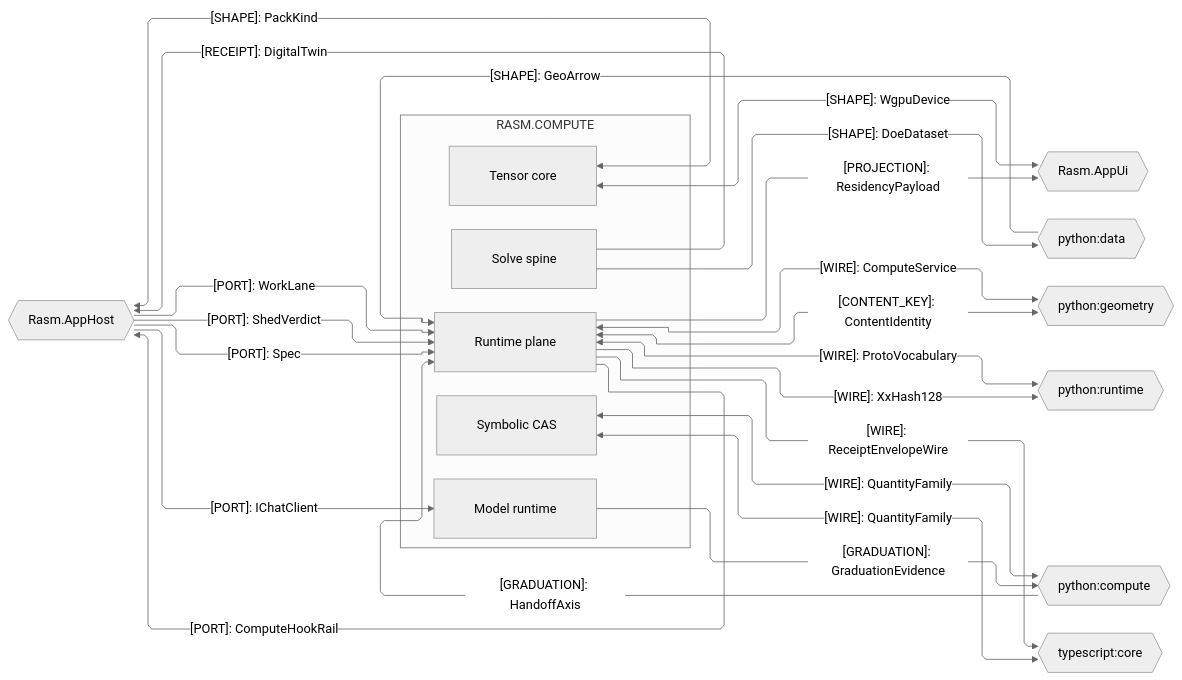
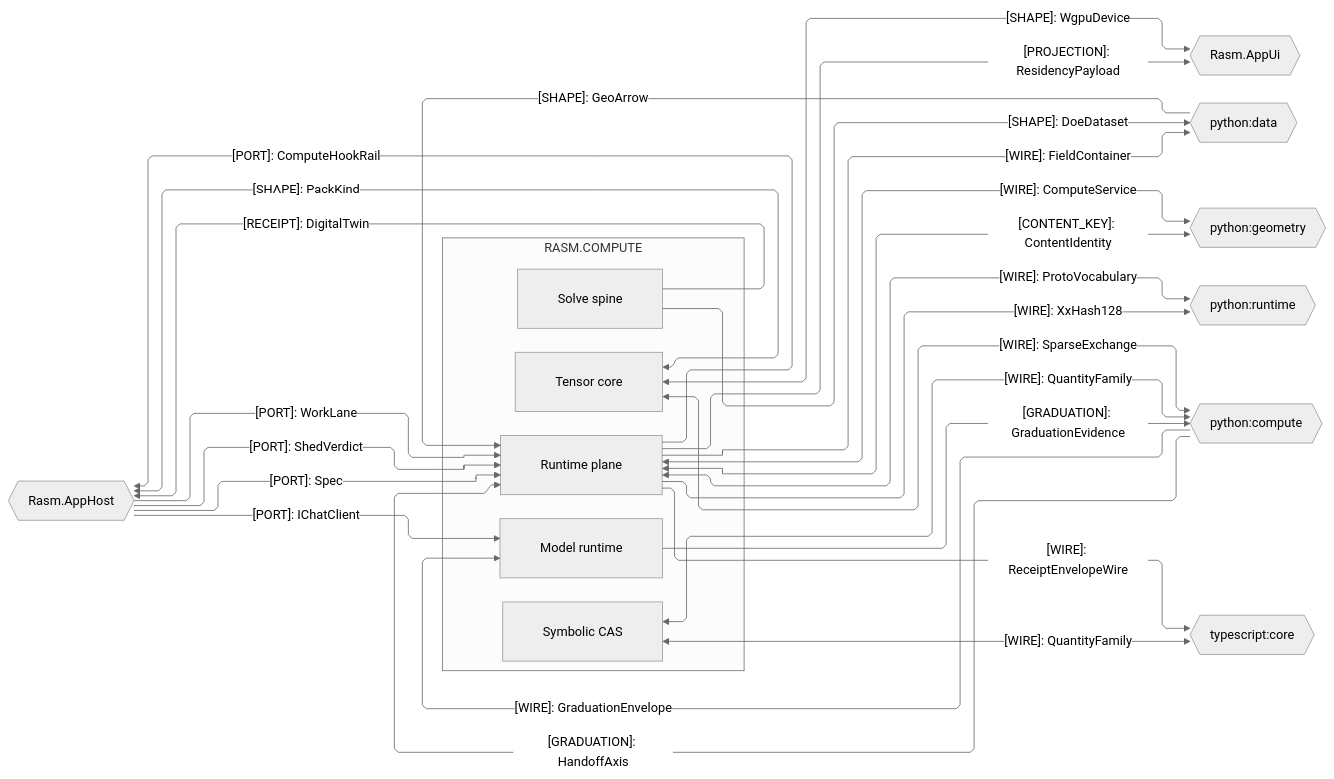
Before and after one commit to bsamiee/Rasm: the third of 4 diagrams in libs/csharp/Rasm.Compute/ARCHITECTURE.md, drawn with Mermaid (neutral theme). The commit also changed other lines of this file and 84 other files, not shown here.

````diff
--- a/libs/csharp/Rasm.Compute/ARCHITECTURE.md
+++ b/libs/csharp/Rasm.Compute/ARCHITECTURE.md
@@ -203,46 +204,49 @@
 ```mermaid
 ---
 config:
   layout: elk
   flowchart:
     curve: linear
     padding: 25
 ---
 flowchart LR
     accTitle: Compute platform and cross-runtime seams
     accDescr: Compute owners exchanging port, receipt, projection, wire, content-key, and graduation contracts with platform and cross-runtime peers.
     subgraph compute[RASM.COMPUTE]
         Model[Model runtime]
         Tensor[Tensor core]
         Solver[Solve spine]
         Runtime[Runtime plane]
         Symbolic[Symbolic CAS]
     end
     AppHost{{Rasm.AppHost}}
     AppUi{{Rasm.AppUi}}
     Data{{python:data}}
     Geometry{{python:geometry}}
     PyRuntime{{python:runtime}}
     Compute{{python:compute}}
     Core{{typescript:core}}
     AppHost e1@-->|"[PORT]: WorkLane"| Runtime
     AppHost e2@-->|"[PORT]: IChatClient"| Model
     AppHost e17@-->|"[PORT]: ShedVerdict"| Runtime
     AppHost e21@-->|"[PORT]: Spec"| Runtime
     Solver e3@-->|"[RECEIPT]: DigitalTwin"| AppHost
     Tensor e4@<-->|"[SHAPE]: PackKind"| AppHost
     Runtime e15@-->|"[PORT]: ComputeHookRail"| AppHost
     Runtime e5@-->|"[PROJECTION]: ResidencyPayload"| AppUi
     Tensor e6@<-->|"[SHAPE]: WgpuDevice"| AppUi
     Runtime e8@<-->|"[WIRE]: ComputeService"| Geometry
     Runtime e18@<-->|"[CONTENT_KEY]: ContentIdentity"| Geometry
     Runtime e9@<-->|"[WIRE]: ProtoVocabulary"| PyRuntime
     Runtime e19@-->|"[WIRE]: XxHash128"| PyRuntime
     Compute e10@-->|"[GRADUATION]: HandoffAxis"| Runtime
     Model e11@-->|"[GRADUATION]: GraduationEvidence"| Compute
     Symbolic e12@<-->|"[WIRE]: QuantityFamily"| Compute
     Solver e13@-->|"[SHAPE]: DoeDataset"| Data
     Data e20@-->|"[SHAPE]: GeoArrow"| Runtime
     Runtime e14@-->|"[WIRE]: ReceiptEnvelopeWire"| Core
     Symbolic e16@<-->|"[WIRE]: QuantityFamily"| Core
+    Runtime e22@-->|"[WIRE]: FieldContainer"| Data
+    Compute e23@-->|"[WIRE]: GraduationEnvelope"| Model
+    Tensor e24@<-->|"[WIRE]: SparseExchange"| Compute
 ```
````
